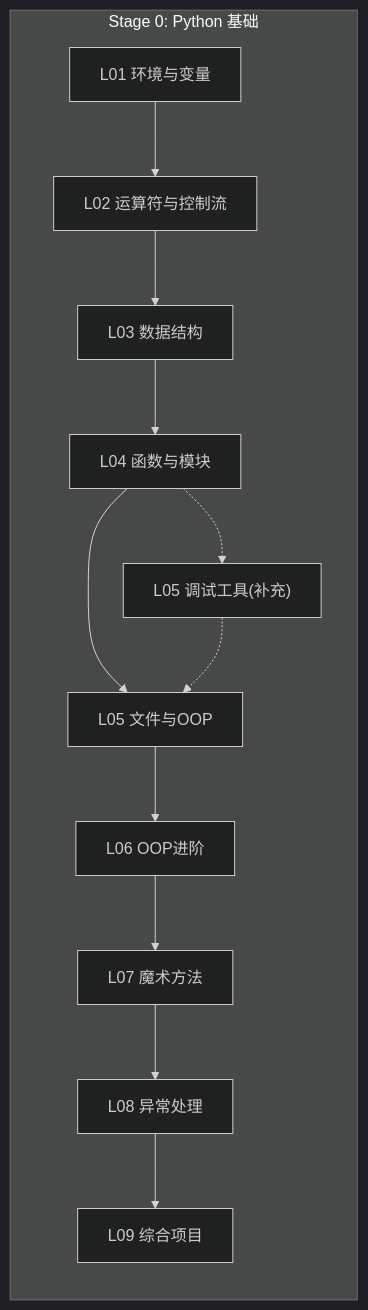
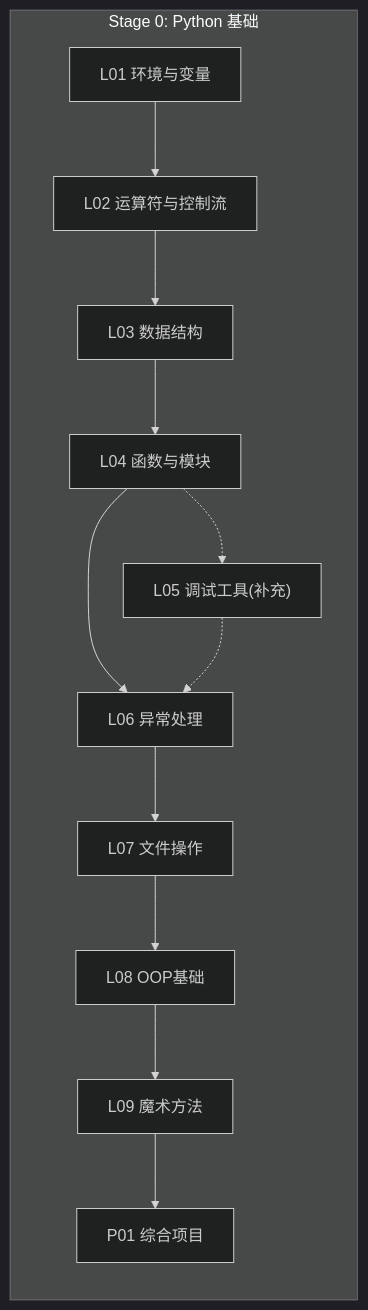
Before and after one commit to dingwencheng9/python-fullstack: the second of 9 diagrams in docs/knowledge/KNOWLEDGE_DAG.md, drawn with Mermaid (dark theme). The commit also changed 139 other files, not shown here.

````diff
--- a/docs/knowledge/KNOWLEDGE_DAG.md
+++ b/docs/knowledge/KNOWLEDGE_DAG.md
@@ -43,26 +43,26 @@
 ```mermaid
 flowchart LR
     subgraph "Stage 0: Python 基础"
         L01["L01 环境与变量"]
         L02["L02 运算符与控制流"]
         L03["L03 数据结构"]
         L04["L04 函数与模块"]
-        L04_5["L05 调试工具(补充)"]
-        L05["L05 文件与OOP"]
-        L06["L06 OOP进阶"]
-        L07["L07 魔术方法"]
-        L08["L08 异常处理"]
-        L09["L09 综合项目"]
+        L05["L05 调试工具(补充)"]
+        L06["L06 异常处理"]
+        L07["L07 文件操作"]
+        L08["L08 OOP基础"]
+        L09["L09 魔术方法"]
+        P01["P01 综合项目"]
     end
 
     L01 --> L02
     L02 --> L03
     L03 --> L04
-    L04 -.-> L04_5
-    L04 --> L05
-    L04_5 -.-> L05
-    L05 --> L06
+    L04 -.-> L05
+    L04 --> L06
+    L05 -.-> L06
     L06 --> L07
     L07 --> L08
     L08 --> L09
+    L09 --> P01
 ```
````
